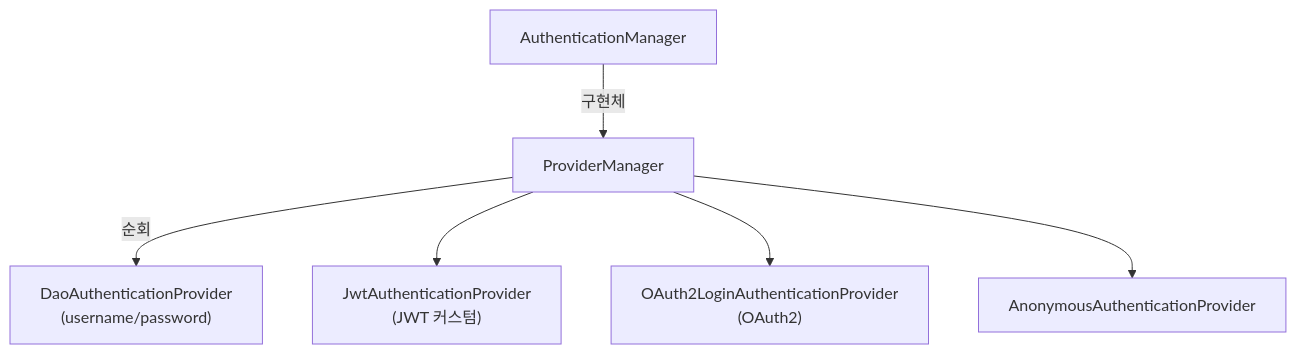
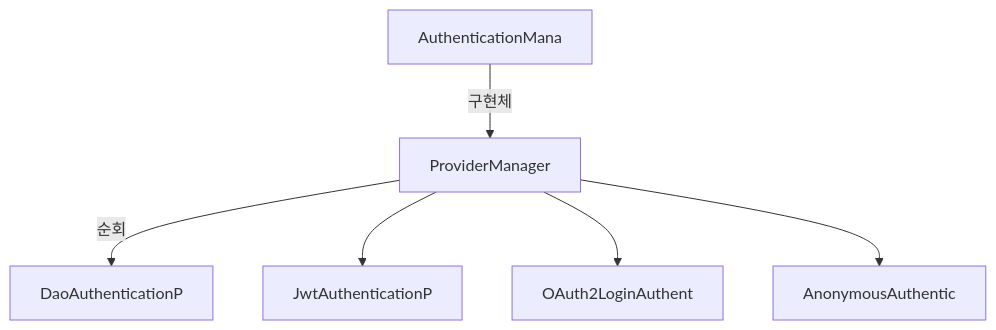
The third of 5 diagrams in _posts/spring/2026-05-01-spring-security-architecture.md (yjkim2015/yjkim2015.github.io), drawn with Mermaid before and after one commit. The commit also changed other lines of this file and 271 other files, not shown here.

First line of the commit message:
Mermaid 라벨 축소: 긴 노드 텍스트 18자 이하로 트림 + \n 제거

````diff
--- a/_posts/spring/2026-05-01-spring-security-architecture.md
+++ b/_posts/spring/2026-05-01-spring-security-architecture.md
@@ -121,8 +121,8 @@
 ```mermaid
 graph TD
-    AM["AuthenticationManager"] -->|"구현체"| PM["ProviderManager"]
-    PM -->|"순회"| AP1["DaoAuthenticationProvider<br>(username/password)"]
-    PM --> AP2["JwtAuthenticationProvider<br>(JWT 커스텀)"]
-    PM --> AP3["OAuth2LoginAuthenticationProvider<br>(OAuth2)"]
-    PM --> AP4["AnonymousAuthenticationProvider"]
+    AM["AuthenticationMana"] -->|"구현체"| PM["ProviderManager"]
+    PM -->|"순회"| AP1["DaoAuthenticationP"]
+    PM --> AP2["JwtAuthenticationP"]
+    PM --> AP3["OAuth2LoginAuthent"]
+    PM --> AP4["AnonymousAuthentic"]
 ```
````
